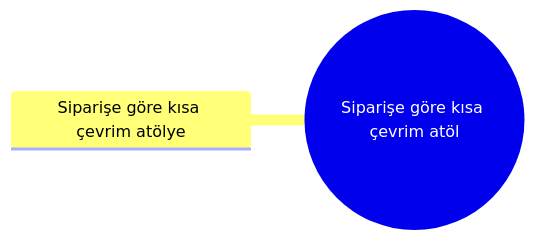
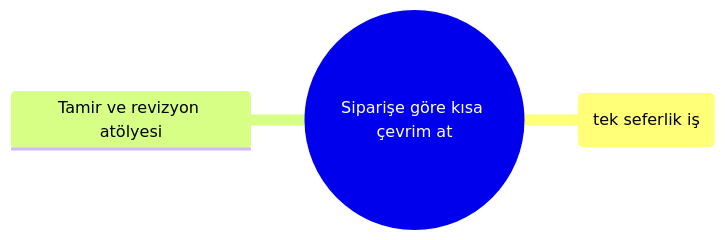
Before and after one commit to sametkarabulut-dev/xfuturepos-v2: the diagram in 02 İşletmeler/13 Üretim & İmalat/Siparişe göre kısa çevrim atölye/Dal – Siparişe göre kısa çevrim atölye.md, drawn with Mermaid. The commit also changed other lines of this file and 241 other files, not shown here.

````diff
--- a/02 İşletmeler/13 Üretim & İmalat/Siparişe göre kısa çevrim atölye/Dal – Siparişe göre kısa çevrim atölye.md
+++ b/02 İşletmeler/13 Üretim & İmalat/Siparişe göre kısa çevrim atölye/Dal – Siparişe göre kısa çevrim atölye.md
@@ -22,5 +23,6 @@
 ```mermaid
 mindmap
-  root((Siparişe göre kısa çevrim atöl))
-    Siparişe göre kısa çevrim atölye
+  root((Siparişe göre kısa çevrim at))
+    Sipariş atölyesi (tek seferlik iş)
+    Tamir ve revizyon atölyesi
 ```
````
